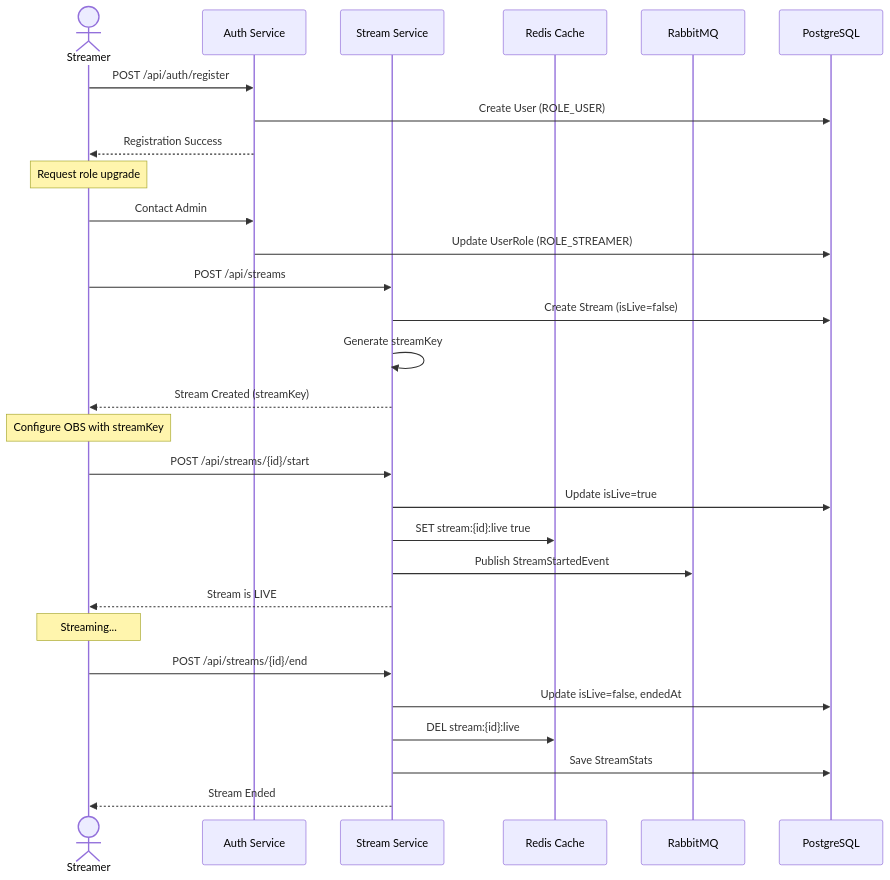
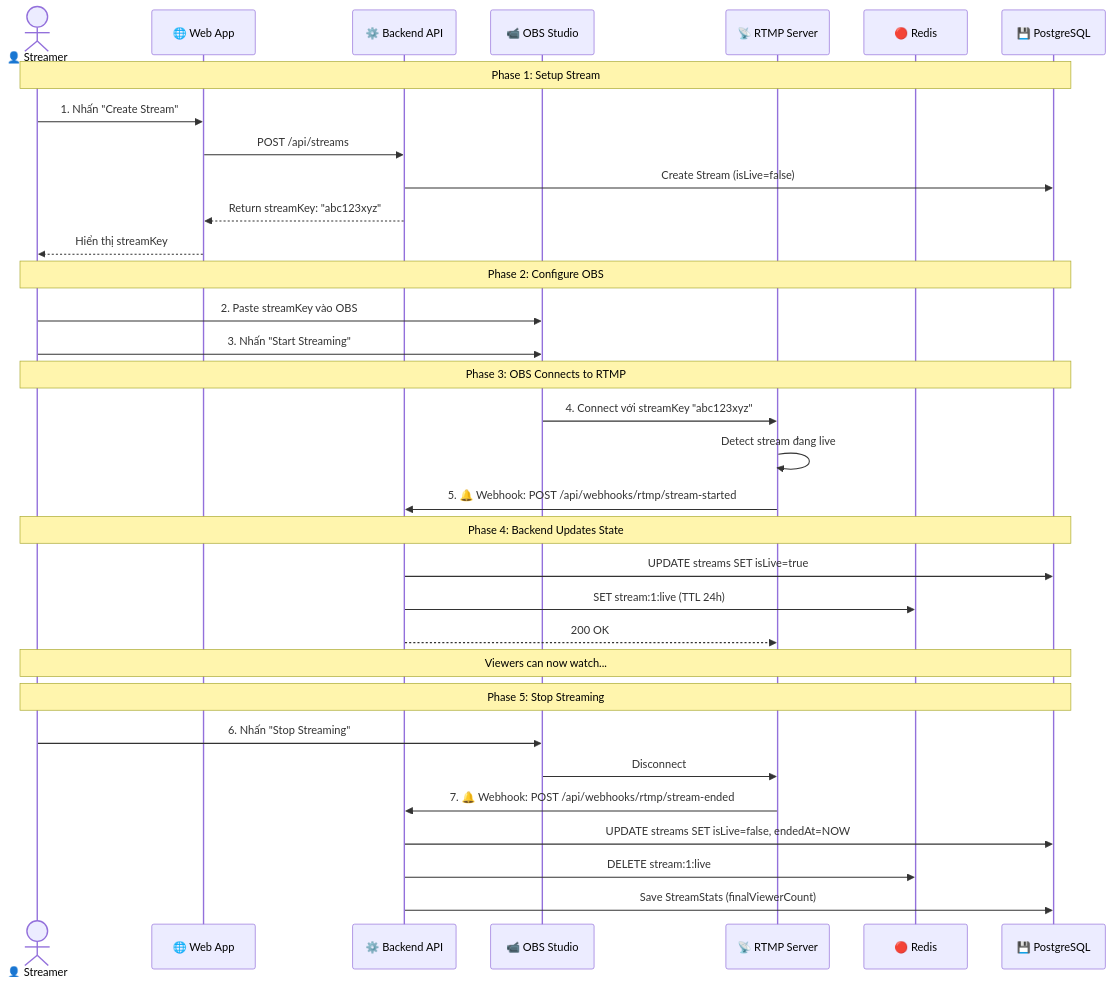
One commit to HungPhan200591/live-stream-backend changed the first of 7 diagrams in docs/business_flows.md. Above: the diagram before and after it, drawn with Mermaid. The commit also changed other lines of this file and 17 other files, not shown here.

Commit message:
feat: Implement live stream management APIs, RTMP webhooks, and supporting documentation.

````diff
--- a/docs/business_flows.md
+++ b/docs/business_flows.md
@@ -225,37 +231,41 @@
 ```mermaid
 sequenceDiagram
-    actor S as Streamer
-    participant Auth as Auth Service
-    participant Stream as Stream Service
-    participant Redis as Redis Cache
-    participant RMQ as RabbitMQ
-    participant DB as PostgreSQL
+    actor S as 👤 Streamer
+    participant Web as 🌐 Web App
+    participant API as ⚙️ Backend API
+    participant OBS as 📹 OBS Studio
+    participant RTMP as 📡 RTMP Server
+    participant Redis as 🔴 Redis
+    participant DB as 💾 PostgreSQL
 
-    S->>Auth: POST /api/auth/register
-    Auth->>DB: Create User (ROLE_USER)
-    Auth-->>S: Registration Success
+    Note over S,DB: Phase 1: Setup Stream
+    S->>Web: 1. Nhấn "Create Stream"
+    Web->>API: POST /api/streams
+    API->>DB: Create Stream (isLive=false)
+    API-->>Web: Return streamKey: "abc123xyz"
+    Web-->>S: Hiển thị streamKey
 
-    Note over S: Request role upgrade
-    S->>Auth: Contact Admin
-    Auth->>DB: Update UserRole (ROLE_STREAMER)
+    Note over S,DB: Phase 2: Configure OBS
+    S->>OBS: 2. Paste streamKey vào OBS
+    S->>OBS: 3. Nhấn "Start Streaming"
     
-    S->>Stream: POST /api/streams
-    Stream->>DB: Create Stream (isLive=false)
-    Stream->>Stream: Generate streamKey
-    Stream-->>S: Stream Created (streamKey)
-
-    Note over S: Configure OBS with streamKey
-    S->>Stream: POST /api/streams/{id}/start
-    Stream->>DB: Update isLive=true
-    Stream->>Redis: SET stream:{id}:live true
-    Stream->>RMQ: Publish StreamStartedEvent
-    Stream-->>S: Stream is LIVE
-
-    Note over S: Streaming...
+    Note over S,DB: Phase 3: OBS Connects to RTMP
+    OBS->>RTMP: 4. Connect với streamKey "abc123xyz"
+    RTMP->>RTMP: Detect stream đang live
+    RTMP->>API: 5. 🔔 Webhook: POST /api/webhooks/rtmp/stream-started
     
-    S->>Stream: POST /api/streams/{id}/end
-    Stream->>DB: Update isLive=false, endedAt
-    Stream->>Redis: DEL stream:{id}:live
-    Stream->>DB: Save StreamStats
-    Stream-->>S: Stream Ended
+    Note over S,DB: Phase 4: Backend Updates State
+    API->>DB: UPDATE streams SET isLive=true
+    API->>Redis: SET stream:1:live (TTL 24h)
+    API-->>RTMP: 200 OK
+    
+    Note over S,DB: Viewers can now watch...
+    
+    Note over S,DB: Phase 5: Stop Streaming
+    S->>OBS: 6. Nhấn "Stop Streaming"
+    OBS->>RTMP: Disconnect
+    RTMP->>API: 7. 🔔 Webhook: POST /api/webhooks/rtmp/stream-ended
+    API->>DB: UPDATE streams SET isLive=false, endedAt=NOW
+    API->>Redis: DELETE stream:1:live
+    API->>DB: Save StreamStats (finalViewerCount)
 ```
````
